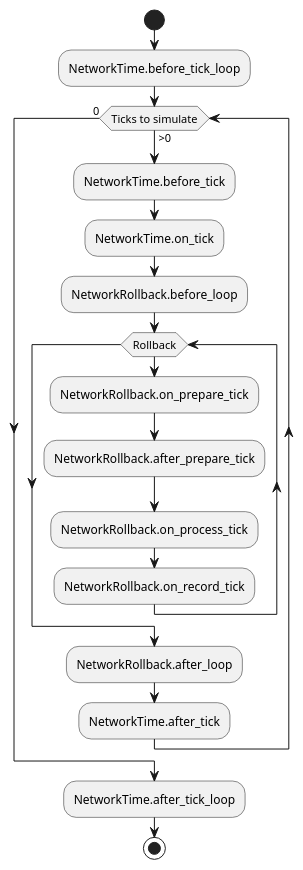
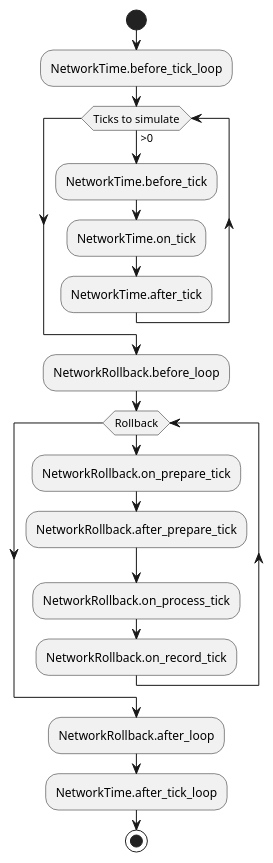
Before and after one commit to foxssake/netfox: the second of 2 diagrams in docs/netfox/guides/network-rollback.md, drawn with PlantUML. The commit also changed other lines of this file, not shown here.

Commit message:
doc: Update rollback tick loop (#453)

````diff
--- a/docs/netfox/guides/network-rollback.md
+++ b/docs/netfox/guides/network-rollback.md
@@ -75,27 +75,28 @@
 ```puml
 @startuml
 
 start
 
 :NetworkTime.before_tick_loop;
 
 while (Ticks to simulate)  is (>0)
   :NetworkTime.before_tick;
   :NetworkTime.on_tick;
-  :NetworkRollback.before_loop;
-  while(Rollback)
-    :NetworkRollback.on_prepare_tick;
-    :NetworkRollback.after_prepare_tick;
-    :NetworkRollback.on_process_tick;
-    :NetworkRollback.on_record_tick;
-  endwhile
-  :NetworkRollback.after_loop;
   :NetworkTime.after_tick;
-endwhile (0)
+endwhile
+
+:NetworkRollback.before_loop;
+while(Rollback)
+  :NetworkRollback.on_prepare_tick;
+  :NetworkRollback.after_prepare_tick;
+  :NetworkRollback.on_process_tick;
+  :NetworkRollback.on_record_tick;
+endwhile
+:NetworkRollback.after_loop;
 
 :NetworkTime.after_tick_loop;
 
 stop
 
 @enduml
 ```
````
